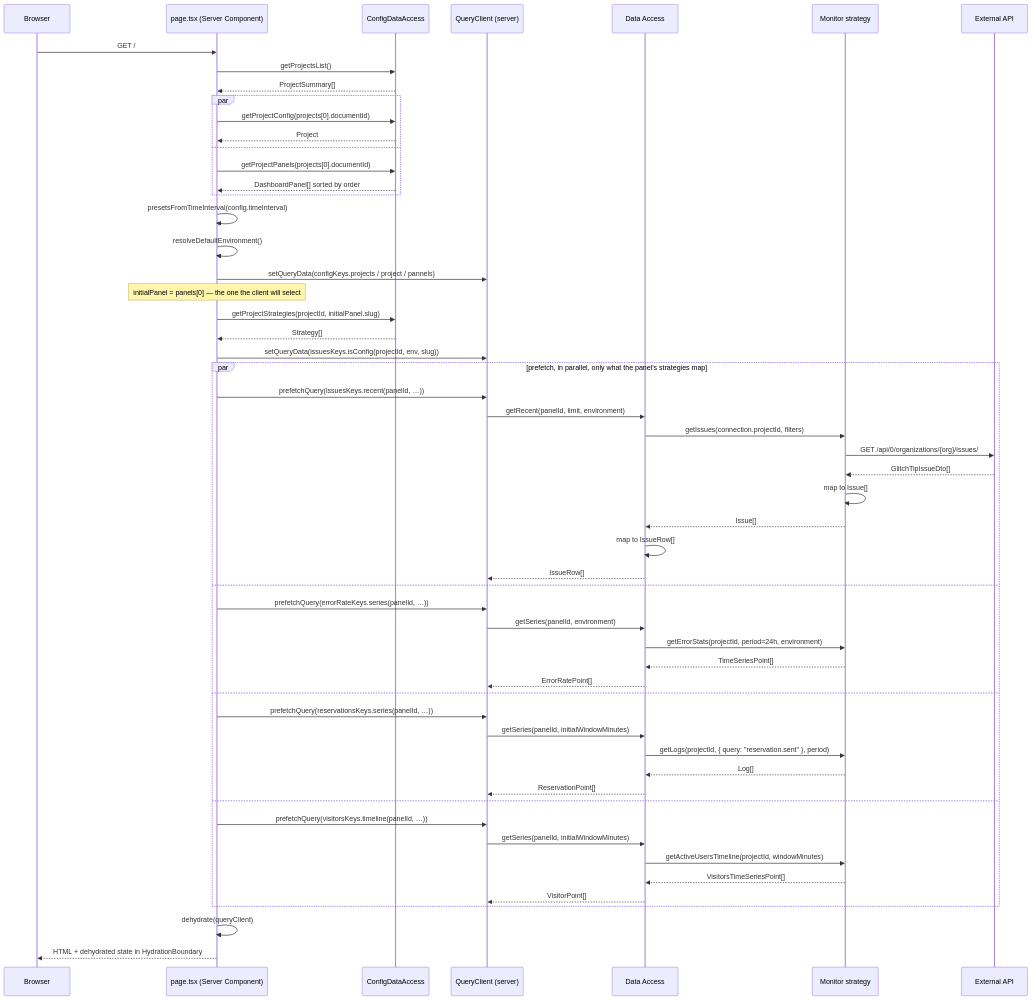
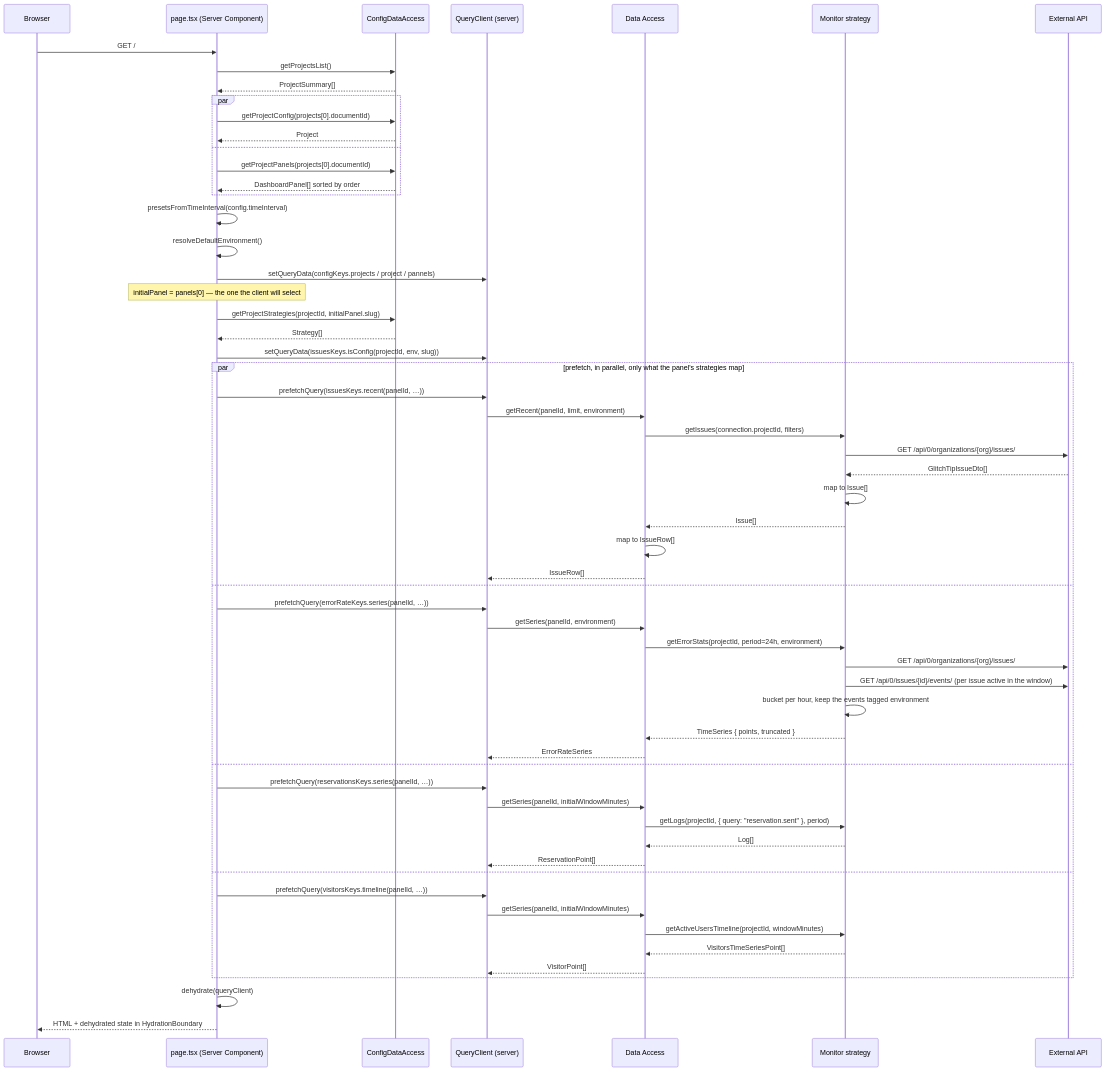
Before and after one commit to webteamuxco/dashboard-monitor: the fourth of 11 diagrams in apps/docs-site/docs/data-flow.md, drawn with Mermaid. The commit also changed other lines of this file and 42 other files, not shown here.

````diff
--- a/apps/docs-site/docs/data-flow.md
+++ b/apps/docs-site/docs/data-flow.md
@@ -94,62 +94,65 @@
 ```mermaid
 sequenceDiagram
     participant B as Browser
     participant Page as page.tsx (Server Component)
     participant Cfg as ConfigDataAccess
     participant QC as QueryClient (server)
     participant DA as Data Access
     participant Mon as Monitor strategy
     participant Ext as External API
 
     B->>Page: GET /
     Page->>Cfg: getProjectsList()
     Cfg-->>Page: ProjectSummary[]
     par
         Page->>Cfg: getProjectConfig(projects[0].documentId)
         Cfg-->>Page: Project
     and
         Page->>Cfg: getProjectPanels(projects[0].documentId)
         Cfg-->>Page: DashboardPanel[] sorted by order
     end
     Page->>Page: presetsFromTimeInterval(config.timeInterval)
     Page->>Page: resolveDefaultEnvironment()
     Page->>QC: setQueryData(configKeys.projects / project / pannels)
 
     Note over Page: initialPanel = panels[0] — the one the client will select
     Page->>Cfg: getProjectStrategies(projectId, initialPanel.slug)
     Cfg-->>Page: Strategy[]
     Page->>QC: setQueryData(issuesKeys.isConfig(projectId, env, slug))
 
     par prefetch, in parallel, only what the panel's strategies map
         Page->>QC: prefetchQuery(issuesKeys.recent(panelId, …))
         QC->>DA: getRecent(panelId, limit, environment)
         DA->>Mon: getIssues(connection.projectId, filters)
         Mon->>Ext: GET /api/0/organizations/{org}/issues/
         Ext-->>Mon: GlitchTipIssueDto[]
         Mon->>Mon: map to Issue[]
         Mon-->>DA: Issue[]
         DA->>DA: map to IssueRow[]
         DA-->>QC: IssueRow[]
     and
         Page->>QC: prefetchQuery(errorRateKeys.series(panelId, …))
         QC->>DA: getSeries(panelId, environment)
         DA->>Mon: getErrorStats(projectId, period=24h, environment)
-        Mon-->>DA: TimeSeriesPoint[]
-        DA-->>QC: ErrorRatePoint[]
+        Mon->>Ext: GET /api/0/organizations/{org}/issues/
+        Mon->>Ext: GET /api/0/issues/{id}/events/ (per issue active in the window)
+        Mon->>Mon: bucket per hour, keep the events tagged environment
+        Mon-->>DA: TimeSeries { points, truncated }
+        DA-->>QC: ErrorRateSeries
     and
         Page->>QC: prefetchQuery(reservationsKeys.series(panelId, …))
         QC->>DA: getSeries(panelId, initialWindowMinutes)
         DA->>Mon: getLogs(projectId, { query: "reservation.sent" }, period)
         Mon-->>DA: Log[]
         DA-->>QC: ReservationPoint[]
     and
         Page->>QC: prefetchQuery(visitorsKeys.timeline(panelId, …))
         QC->>DA: getSeries(panelId, initialWindowMinutes)
         DA->>Mon: getActiveUsersTimeline(projectId, windowMinutes)
         Mon-->>DA: VisitorsTimeSeriesPoint[]
         DA-->>QC: VisitorPoint[]
     end
 
     Page->>Page: dehydrate(queryClient)
     Page-->>B: HTML + dehydrated state in HydrationBoundary
 ```
````
